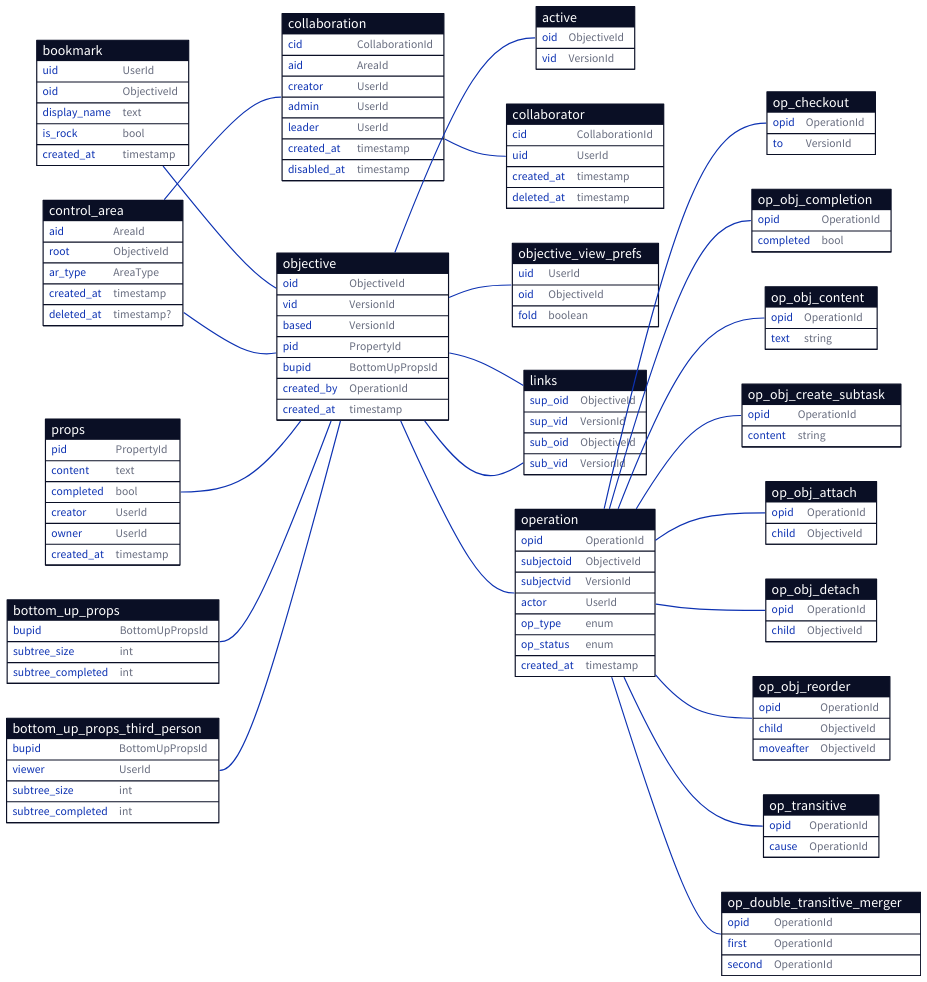
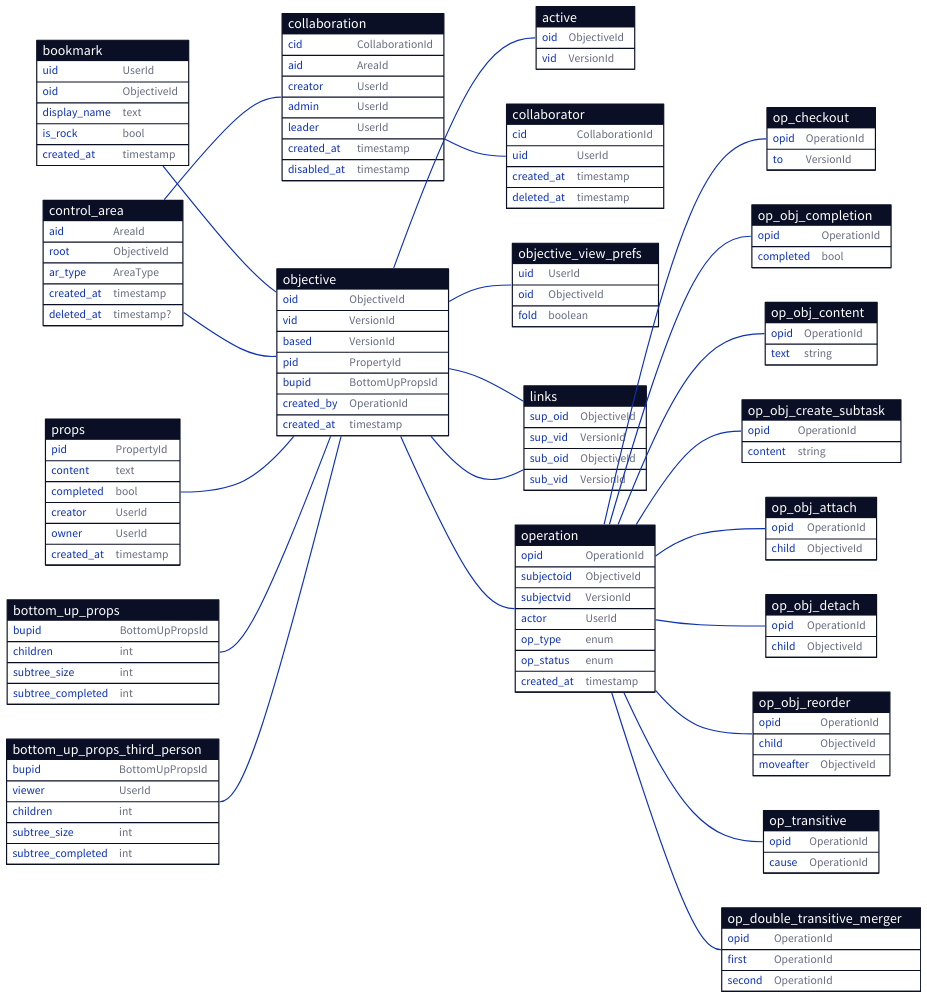
The diagram in docs/database/simplified.d2 (ufukty/logbook), drawn with D2 before and after one commit. The commit also changed 11 other files, not shown here.

```diff
--- a/docs/database/simplified.d2
+++ b/docs/database/simplified.d2
@@ -98,6 +98,7 @@
 
   bupid: BottomUpPropsId
 
+  children: int
   subtree_size: int
   subtree_completed: int
 }
@@ -108,6 +109,7 @@
   bupid: BottomUpPropsId
   viewer: UserId
 
+  children: int
   subtree_size: int
   subtree_completed: int
 }
```
